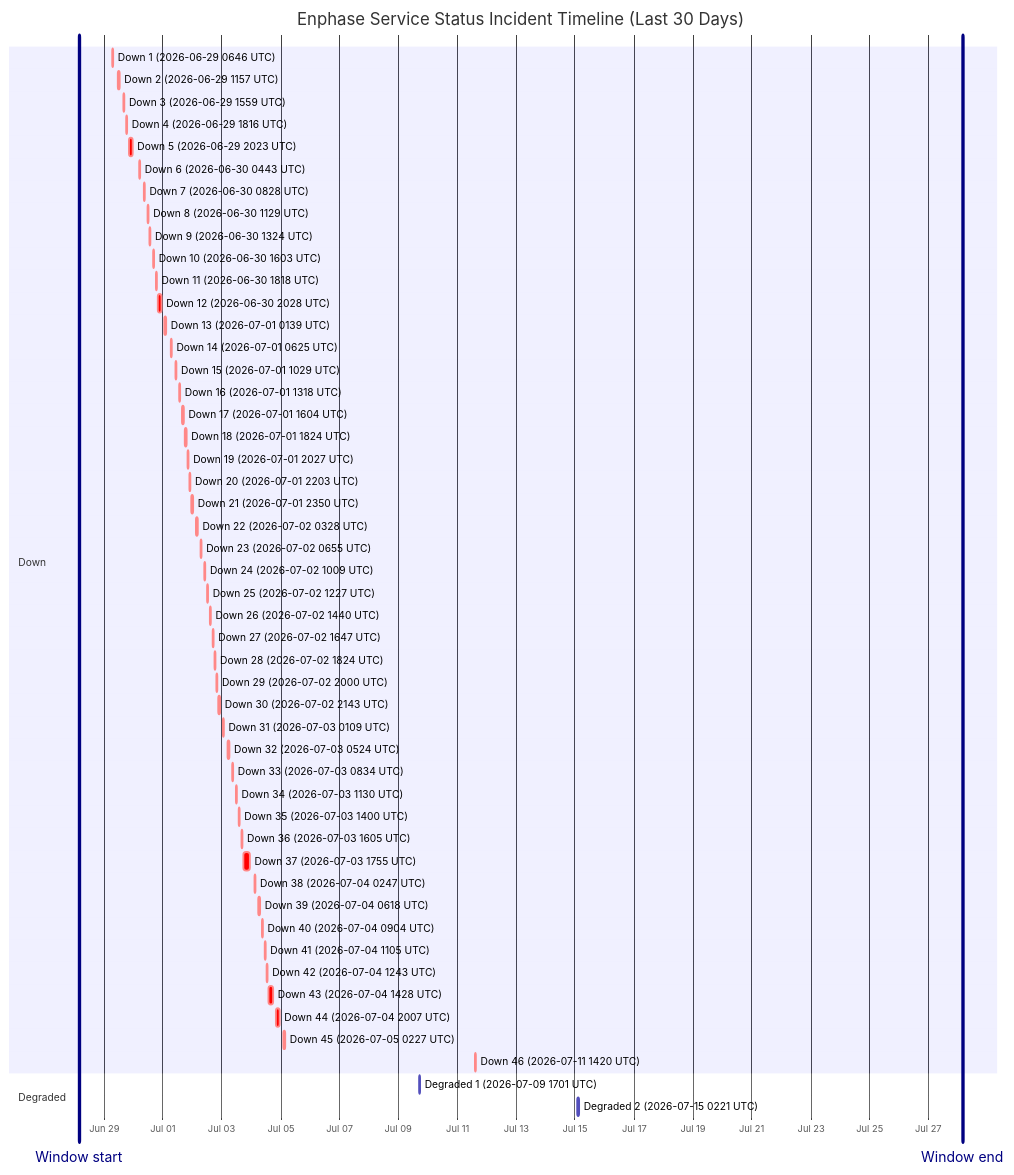
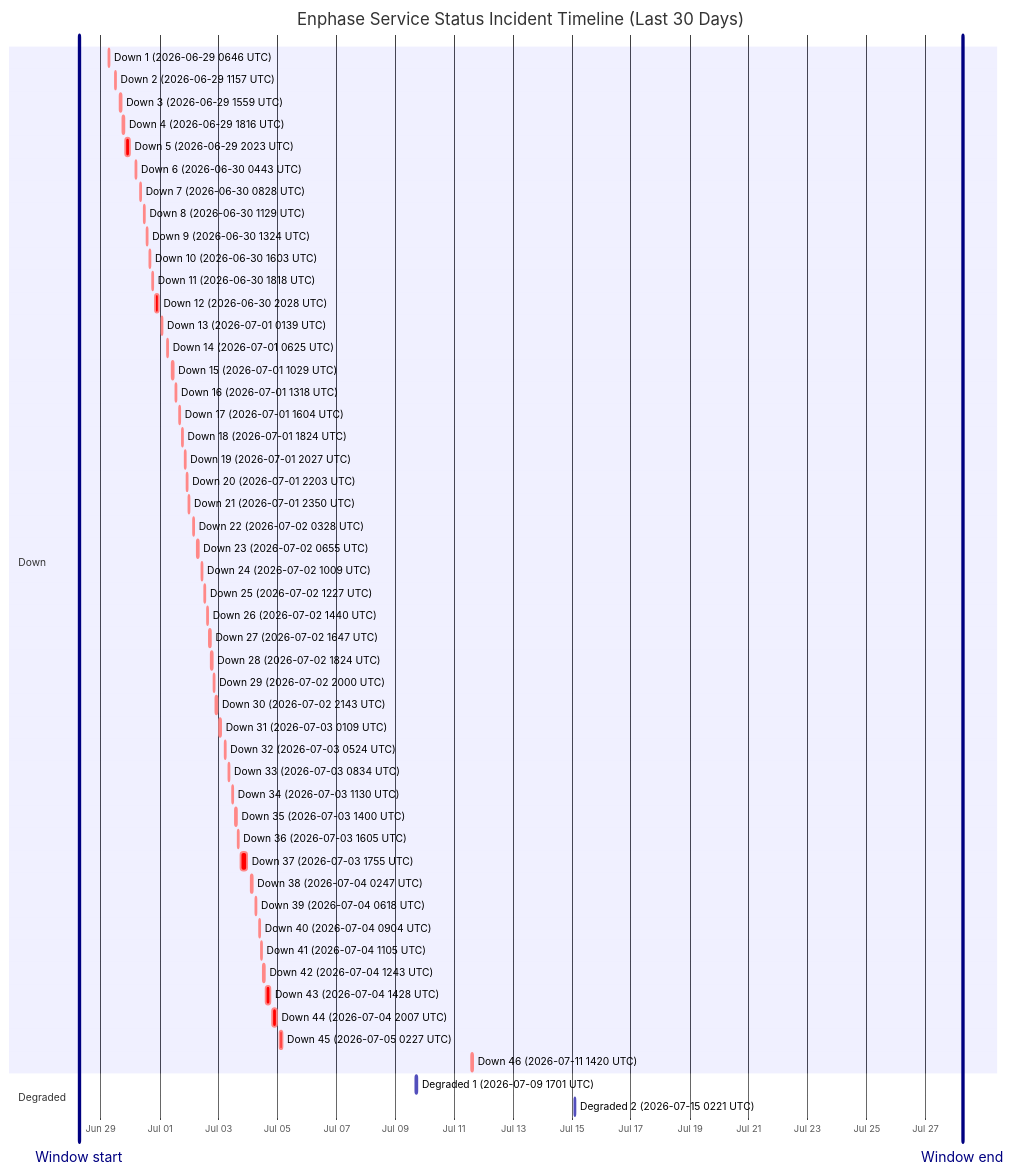
One commit to barneyonline/ha-enphase-energy changed the diagram in wiki/Service-Status-History.md. Above: the diagram before and after it, drawn with Mermaid. The commit also changed other lines of this file and 3 other files, not shown here.

````diff
--- a/wiki/Service-Status-History.md
+++ b/wiki/Service-Status-History.md
@@ -14,58 +14,58 @@
 ```mermaid
 gantt
     title Enphase Service Status Incident Timeline (Last 30 Days)
     dateFormat  YYYY-MM-DDTHH:mm:ss
     axisFormat  %b %d
-    Window start :vert, window-start, 2026-06-28T03:45:52, 0ms
-    Window end :vert, window-end, 2026-07-28T03:45:52, 0ms
+    Window start :vert, window-start, 2026-06-28T06:25:23, 0ms
+    Window end :vert, window-end, 2026-07-28T06:25:23, 0ms
     section Down
     Down 1 (2026-06-29 0646 UTC) :crit, down-1, 2026-06-29T06:46:18, 60m
     Down 2 (2026-06-29 1157 UTC) :crit, down-2, 2026-06-29T11:57:36, 60m
     Down 3 (2026-06-29 1559 UTC) :crit, down-3, 2026-06-29T15:59:02, 60m
     Down 4 (2026-06-29 1816 UTC) :crit, down-4, 2026-06-29T18:16:38, 60m
     Down 5 (2026-06-29 2023 UTC) :crit, down-5, 2026-06-29T20:23:16, 220m
     Down 6 (2026-06-30 0443 UTC) :crit, down-6, 2026-06-30T04:43:54, 60m
     Down 7 (2026-06-30 0828 UTC) :crit, down-7, 2026-06-30T08:28:43, 60m
     Down 8 (2026-06-30 1129 UTC) :crit, down-8, 2026-06-30T11:29:15, 60m
     Down 9 (2026-06-30 1324 UTC) :crit, down-9, 2026-06-30T13:24:25, 60m
     Down 10 (2026-06-30 1603 UTC) :crit, down-10, 2026-06-30T16:03:26, 60m
     Down 11 (2026-06-30 1818 UTC) :crit, down-11, 2026-06-30T18:18:39, 60m
     Down 12 (2026-06-30 2028 UTC) :crit, down-12, 2026-06-30T20:28:54, 171m
     Down 13 (2026-07-01 0139 UTC) :crit, down-13, 2026-07-01T01:39:18, 60m
     Down 14 (2026-07-01 0625 UTC) :crit, down-14, 2026-07-01T06:25:35, 60m
     Down 15 (2026-07-01 1029 UTC) :crit, down-15, 2026-07-01T10:29:24, 60m
     Down 16 (2026-07-01 1318 UTC) :crit, down-16, 2026-07-01T13:18:31, 60m
     Down 17 (2026-07-01 1604 UTC) :crit, down-17, 2026-07-01T16:04:29, 60m
     Down 18 (2026-07-01 1824 UTC) :crit, down-18, 2026-07-01T18:24:21, 60m
     Down 19 (2026-07-01 2027 UTC) :crit, down-19, 2026-07-01T20:27:17, 60m
     Down 20 (2026-07-01 2203 UTC) :crit, down-20, 2026-07-01T22:03:46, 60m
     Down 21 (2026-07-01 2350 UTC) :crit, down-21, 2026-07-01T23:50:52, 60m
     Down 22 (2026-07-02 0328 UTC) :crit, down-22, 2026-07-02T03:28:33, 60m
     Down 23 (2026-07-02 0655 UTC) :crit, down-23, 2026-07-02T06:55:07, 60m
     Down 24 (2026-07-02 1009 UTC) :crit, down-24, 2026-07-02T10:09:15, 60m
     Down 25 (2026-07-02 1227 UTC) :crit, down-25, 2026-07-02T12:27:49, 60m
     Down 26 (2026-07-02 1440 UTC) :crit, down-26, 2026-07-02T14:40:53, 60m
     Down 27 (2026-07-02 1647 UTC) :crit, down-27, 2026-07-02T16:47:47, 60m
     Down 28 (2026-07-02 1824 UTC) :crit, down-28, 2026-07-02T18:24:26, 60m
     Down 29 (2026-07-02 2000 UTC) :crit, down-29, 2026-07-02T20:00:57, 60m
     Down 30 (2026-07-02 2143 UTC) :crit, down-30, 2026-07-02T21:43:52, 80m
     Down 31 (2026-07-03 0109 UTC) :crit, down-31, 2026-07-03T01:09:19, 60m
     Down 32 (2026-07-03 0524 UTC) :crit, down-32, 2026-07-03T05:24:23, 60m
     Down 33 (2026-07-03 0834 UTC) :crit, down-33, 2026-07-03T08:34:05, 60m
     Down 34 (2026-07-03 1130 UTC) :crit, down-34, 2026-07-03T11:30:41, 60m
     Down 35 (2026-07-03 1400 UTC) :crit, down-35, 2026-07-03T14:00:48, 60m
     Down 36 (2026-07-03 1605 UTC) :crit, down-36, 2026-07-03T16:05:49, 60m
     Down 37 (2026-07-03 1755 UTC) :crit, down-37, 2026-07-03T17:55:54, 338m
     Down 38 (2026-07-04 0247 UTC) :crit, down-38, 2026-07-04T02:47:22, 60m
     Down 39 (2026-07-04 0618 UTC) :crit, down-39, 2026-07-04T06:18:09, 60m
     Down 40 (2026-07-04 0904 UTC) :crit, down-40, 2026-07-04T09:04:41, 60m
     Down 41 (2026-07-04 1105 UTC) :crit, down-41, 2026-07-04T11:05:21, 60m
     Down 42 (2026-07-04 1243 UTC) :crit, down-42, 2026-07-04T12:43:25, 60m
     Down 43 (2026-07-04 1428 UTC) :crit, down-43, 2026-07-04T14:28:07, 243m
     Down 44 (2026-07-04 2007 UTC) :crit, down-44, 2026-07-04T20:07:50, 206m
     Down 45 (2026-07-05 0227 UTC) :crit, down-45, 2026-07-05T02:27:32, 109m
     Down 46 (2026-07-11 1420 UTC) :crit, down-46, 2026-07-11T14:20:54, 69m
     section Degraded
     Degraded 1 (2026-07-09 1701 UTC) :active, degraded-1, 2026-07-09T17:01:02, 60m
     Degraded 2 (2026-07-15 0221 UTC) :active, degraded-2, 2026-07-15T02:21:35, 60m
 ```
````
